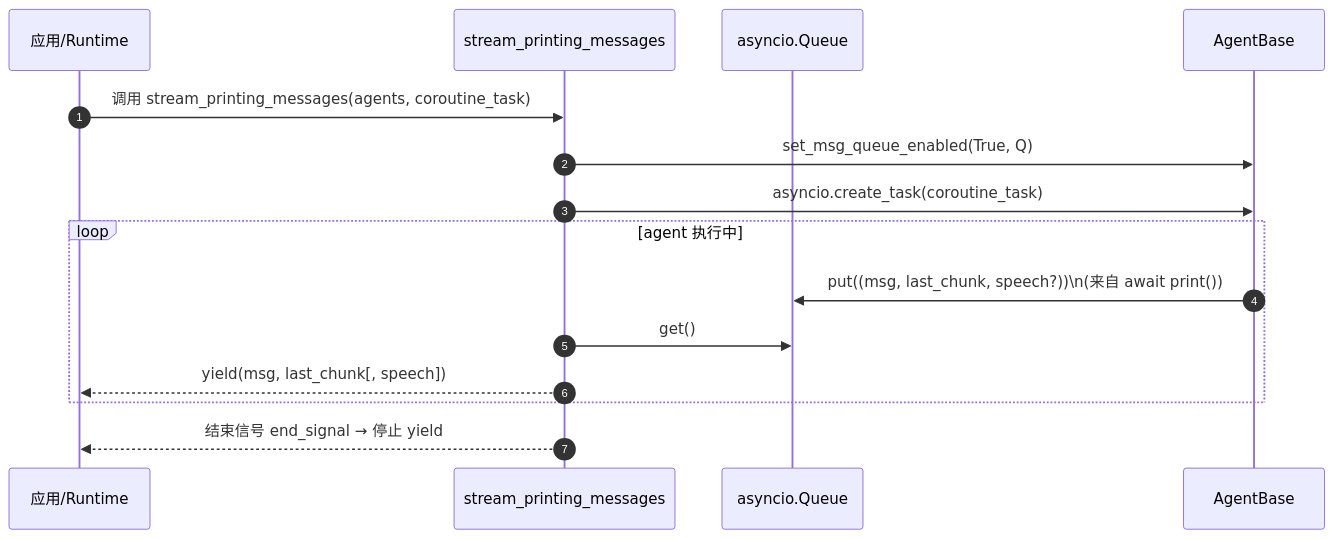
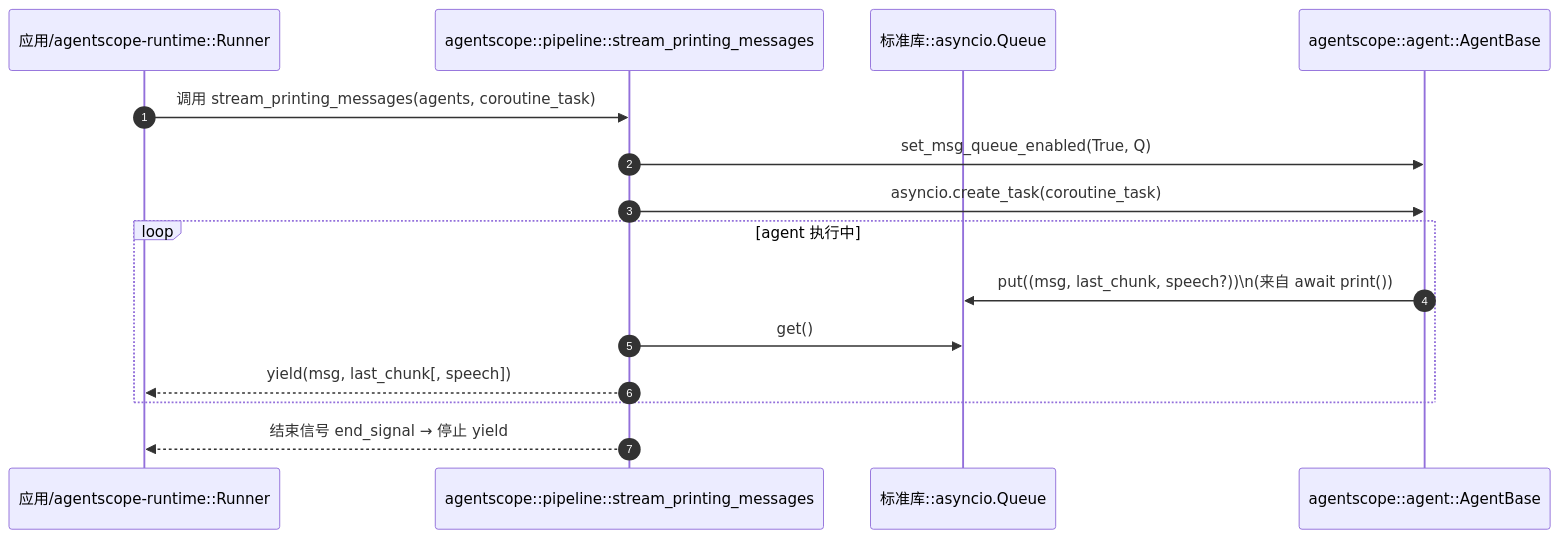
The diagram in docs/agentscope-codebase/10-agentscope/core_module_design.zh-CN.md (a2903214/agentscope-learning), drawn with Mermaid before and after one commit. The commit also changed other lines of this file and 8 other files, not shown here.

Commit message:
更新文档：完善整体设计与模块结构分析，增加时序图与模块调用关系图，采用模块::参与者形式标注参与者来源。涉及内容包括 agentscope、agentscope-runtime、agentscope-studio、agentscope-spark-design 和 agentscope-samples 的代码结构与功能描述。

````diff
--- a/docs/agentscope-codebase/10-agentscope/core_module_design.zh-CN.md
+++ b/docs/agentscope-codebase/10-agentscope/core_module_design.zh-CN.md
@@ -28,18 +30,18 @@
 ```mermaid
 sequenceDiagram
   autonumber
-  participant App as 应用/Runtime
-  participant P as stream_printing_messages
-  participant Q as asyncio.Queue
-  participant A as AgentBase
+  participant App as 应用/agentscope-runtime::Runner
+  participant P as agentscope::pipeline::stream_printing_messages
+  participant Q as 标准库::asyncio.Queue
+  participant A as agentscope::agent::AgentBase
 
   App->>P: 调用 stream_printing_messages(agents, coroutine_task)
   P->>A: set_msg_queue_enabled(True, Q)
   P->>A: asyncio.create_task(coroutine_task)
   loop agent 执行中
     A->>Q: put((msg, last_chunk, speech?))\n(来自 await print())
     P->>Q: get()
     P-->>App: yield(msg, last_chunk[, speech])
   end
   P-->>App: 结束信号 end_signal → 停止 yield
 ```
````
